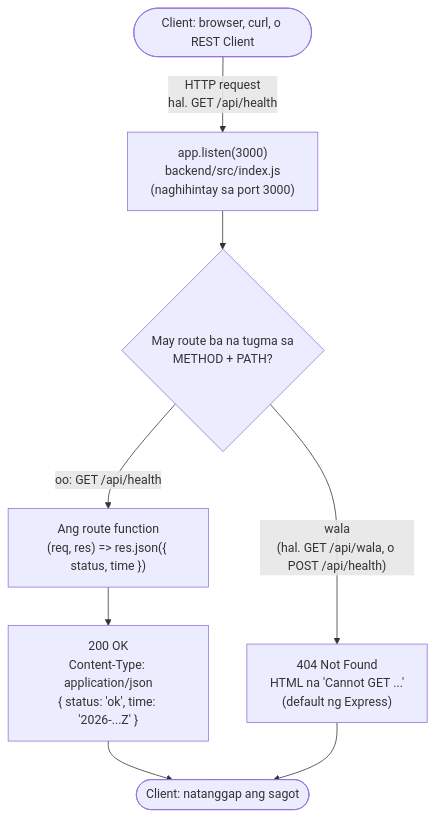
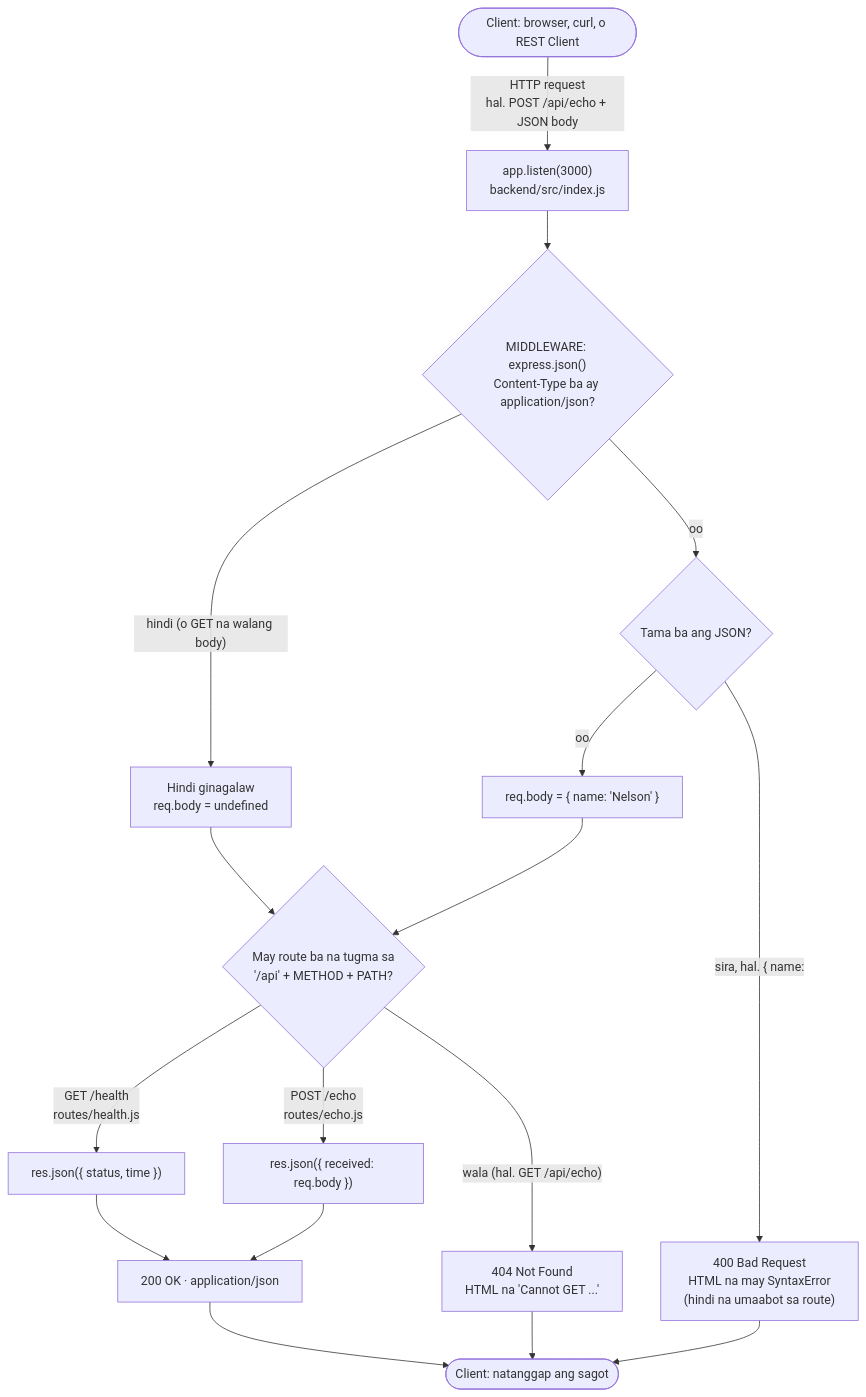
Before and after one commit to nelson1869-ai/auth-learning: the diagram in docs/diagrams/01-request-lifecycle.md, drawn with Mermaid. The commit also changed other lines of this file and 4 other files, not shown here.

First line of the commit message:
docs: add 02-echo.http, update request lifecycle for express.json and routes

````diff
--- a/docs/diagrams/01-request-lifecycle.md
+++ b/docs/diagrams/01-request-lifecycle.md
@@ -9,10 +10,19 @@
 ```mermaid
 flowchart TD
-    Start(["Client: browser, curl, o REST Client"]) -->|"HTTP request<br/>hal. GET /api/health"| Listen["app.listen(3000)<br/>backend/src/index.js<br/>(naghihintay sa port 3000)"]
-    Listen --> Match{"May route ba na tugma sa<br/>METHOD + PATH?"}
-    Match -->|"oo: GET /api/health"| Handler["Ang route function<br/>(req, res) => res.json({ status, time })"]
-    Handler --> OK["200 OK<br/>Content-Type: application/json<br/>{ status: 'ok', time: '2026-...Z' }"]
-    Match -->|"wala<br/>(hal. GET /api/wala, o POST /api/health)"| NotFound["404 Not Found<br/>HTML na 'Cannot GET ...'<br/>(default ng Express)"]
+    Start(["Client: browser, curl, o REST Client"]) -->|"HTTP request<br/>hal. POST /api/echo + JSON body"| Listen["app.listen(3000)<br/>backend/src/index.js"]
+    Listen --> Json{"MIDDLEWARE: express.json()<br/>Content-Type ba ay application/json?"}
+    Json -->|"hindi (o GET na walang body)"| Skip["Hindi ginagalaw<br/>req.body = undefined"]
+    Json -->|"oo"| Parse{"Tama ba ang JSON?"}
+    Parse -->|"oo"| Body["req.body = { name: 'Nelson' }"]
+    Parse -->|"sira, hal. { name:"| Bad["400 Bad Request<br/>HTML na may SyntaxError<br/>(hindi na umaabot sa route)"]
+    Skip --> Match
+    Body --> Match{"May route ba na tugma sa<br/>'/api' + METHOD + PATH?"}
+    Match -->|"GET /health<br/>routes/health.js"| Health["res.json({ status, time })"]
+    Match -->|"POST /echo<br/>routes/echo.js"| Echo["res.json({ received: req.body })"]
+    Match -->|"wala (hal. GET /api/echo)"| NotFound["404 Not Found<br/>HTML na 'Cannot GET ...'"]
+    Health --> OK["200 OK · application/json"]
+    Echo --> OK
     OK --> Done(["Client: natanggap ang sagot"])
+    Bad --> Done
     NotFound --> Done
 ```
````
